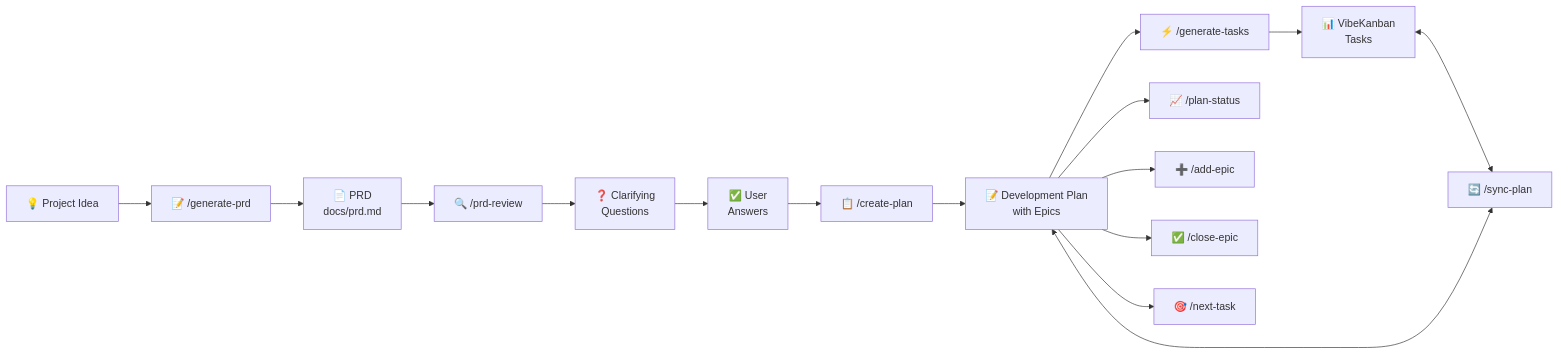
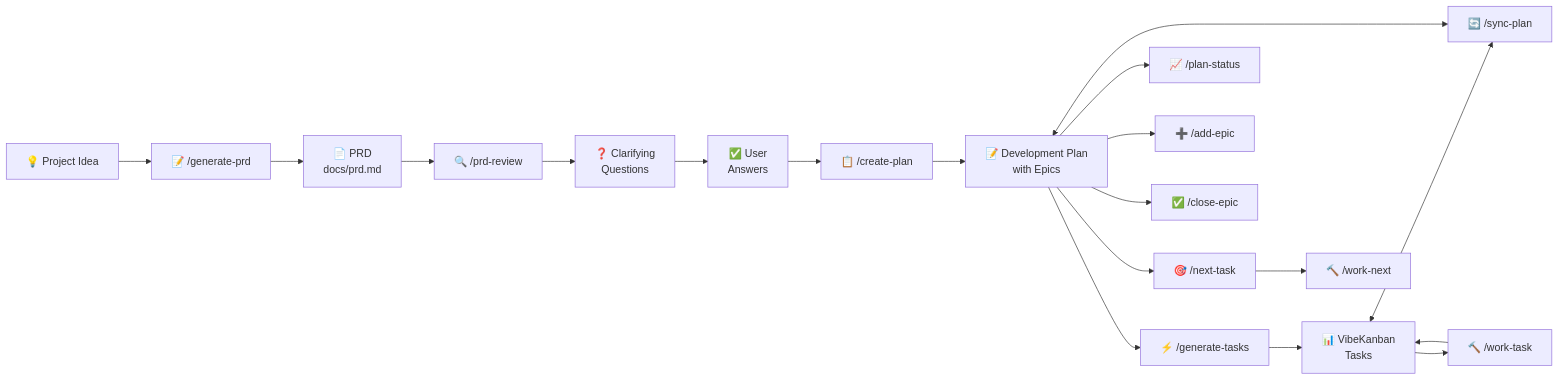
One commit to ericblue/claude-vibekanban changed the first of 3 diagrams in README.md. Above: the diagram before and after it, drawn with Mermaid. The commit also changed other lines of this file and 3 other files, not shown here.

First line of the commit message:
Add /work-task and /work-next execution commands

````diff
--- a/README.md
+++ b/README.md
@@ -14,18 +14,21 @@
 ```mermaid
 flowchart LR
     Idea[💡 Project Idea] --> GenPRD[📝 /generate-prd]
     GenPRD --> PRD[📄 PRD<br/>docs/prd.md]
     PRD --> Review[🔍 /prd-review]
     Review --> Questions[❓ Clarifying<br/>Questions]
     Questions --> Answers[✅ User<br/>Answers]
     Answers --> Plan[📋 /create-plan]
     Plan --> DevPlan[📝 Development Plan<br/>with Epics]
     DevPlan --> Generate[⚡ /generate-tasks]
     Generate --> VK[📊 VibeKanban<br/>Tasks]
     VK <--> Sync[🔄 /sync-plan]
     Sync <--> DevPlan
     DevPlan --> Status[📈 /plan-status]
     DevPlan --> AddEpic[➕ /add-epic]
     DevPlan --> CloseEpic[✅ /close-epic]
     DevPlan --> NextTask[🎯 /next-task]
+    NextTask --> WorkNext[🔨 /work-next]
+    VK --> WorkTask[🔨 /work-task]
+    WorkTask --> VK
 ```
````
